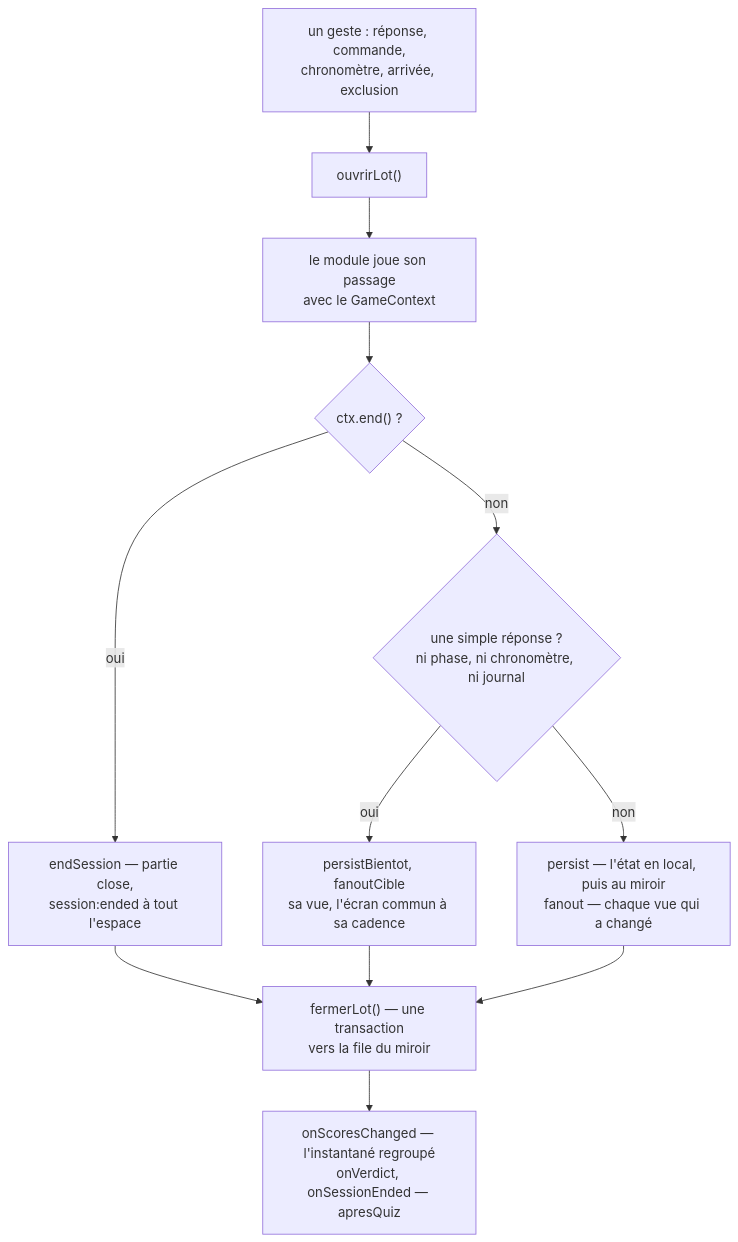
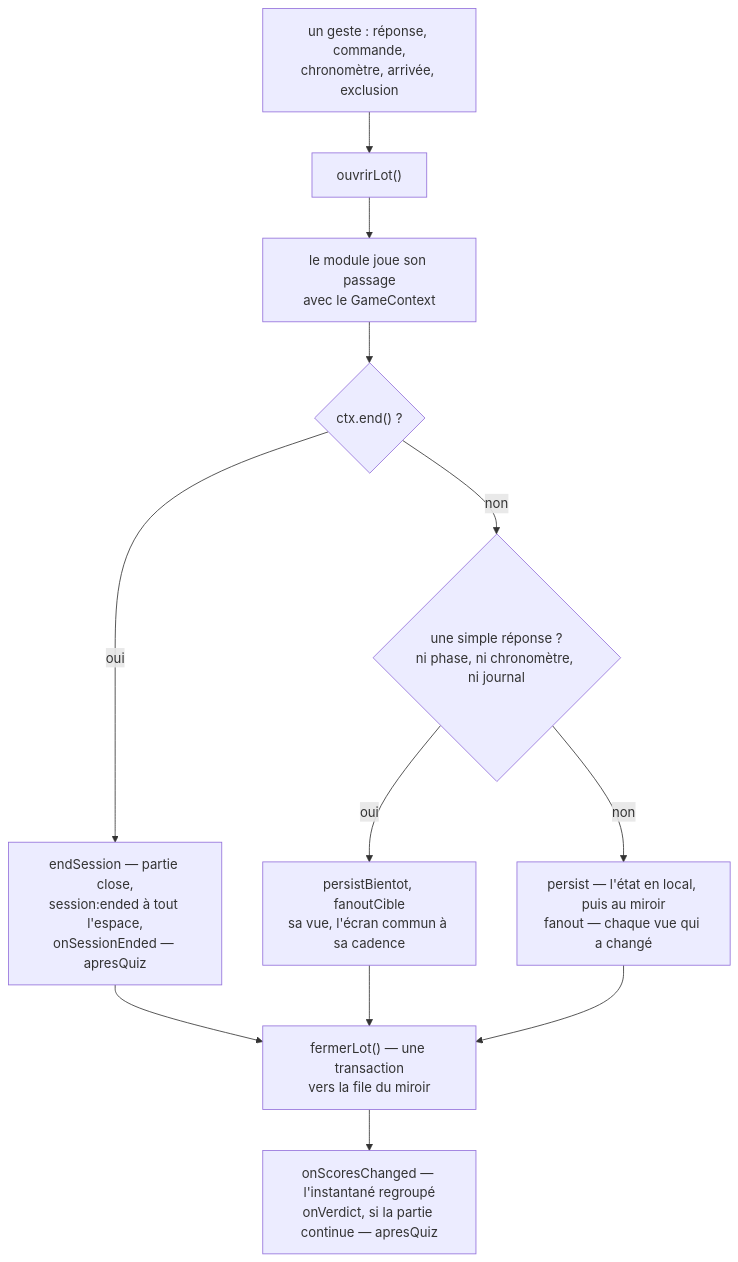
One commit to Maxilyas/FiestApp changed the second of 2 diagrams in docs/architecture/serveur.md. Above: the diagram before and after it, drawn with Mermaid.

Commit message:
Documentation : l'ordre d'un passage du moteur
`onSessionEnded` part de `endSession`, avant la fermeture du lot ;
seul `onVerdict` vient après, et seulement si la partie continue
(`run()`, `core/engine.ts`).

Claude-Session: https://claude.ai/code/session_01G6DUyFD1JABFowtgS1kzJD

````diff
--- a/docs/architecture/serveur.md
+++ b/docs/architecture/serveur.md
@@ -276,14 +276,14 @@
 ```mermaid
 flowchart TD
   G["un geste : réponse, commande,<br/>chronomètre, arrivée, exclusion"] --> O["ouvrirLot()"]
   O --> H["le module joue son passage<br/>avec le GameContext"]
   H --> FIN{"ctx.end() ?"}
-  FIN -->|oui| E["endSession — partie close,<br/>session:ended à tout l'espace"]
+  FIN -->|oui| E["endSession — partie close,<br/>session:ended à tout l'espace,<br/>onSessionEnded — apresQuiz"]
   FIN -->|non| VV{"une simple réponse ?<br/>ni phase, ni chronomètre, ni journal"}
   VV -->|oui| P1["persistBientot, fanoutCible<br/>sa vue, l'écran commun à sa cadence"]
   VV -->|non| P2["persist — l'état en local, puis au miroir<br/>fanout — chaque vue qui a changé"]
   E --> F["fermerLot() — une transaction<br/>vers la file du miroir"]
   P1 --> F
   P2 --> F
-  F --> A["onScoresChanged — l'instantané regroupé<br/>onVerdict, onSessionEnded — apresQuiz"]
+  F --> A["onScoresChanged — l'instantané regroupé<br/>onVerdict, si la partie continue — apresQuiz"]
 ```
````
